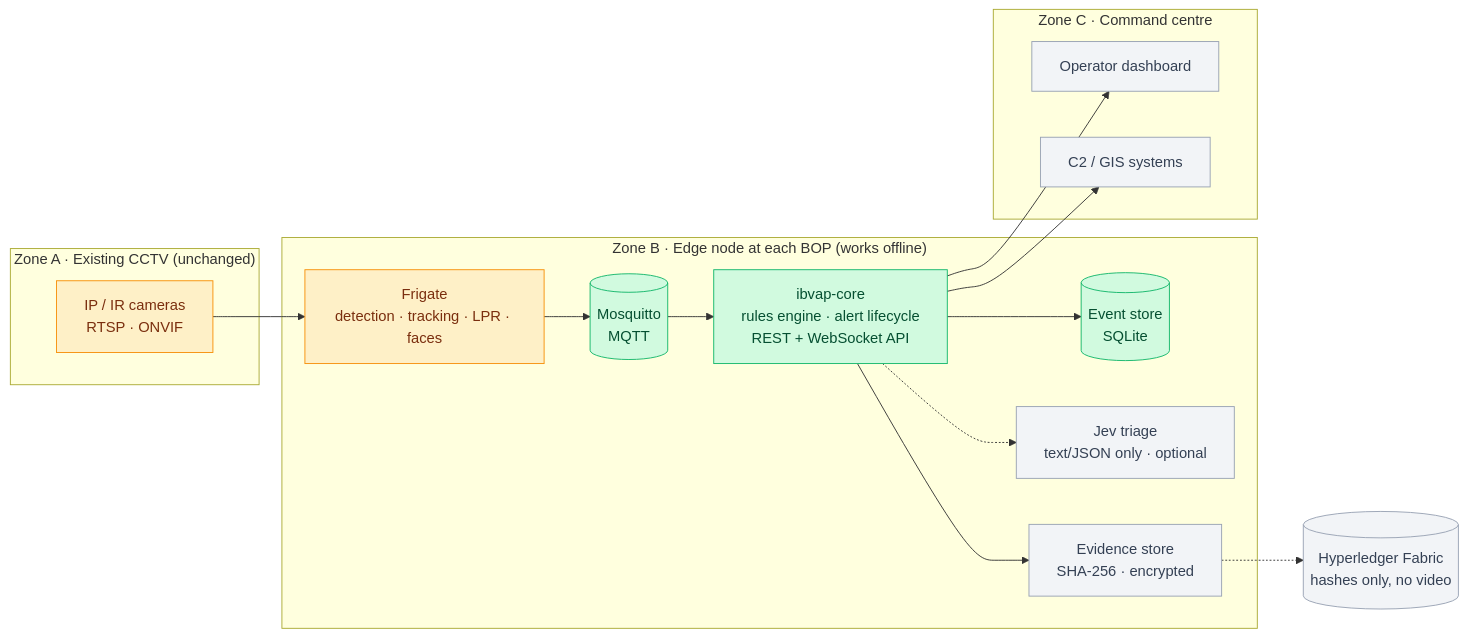
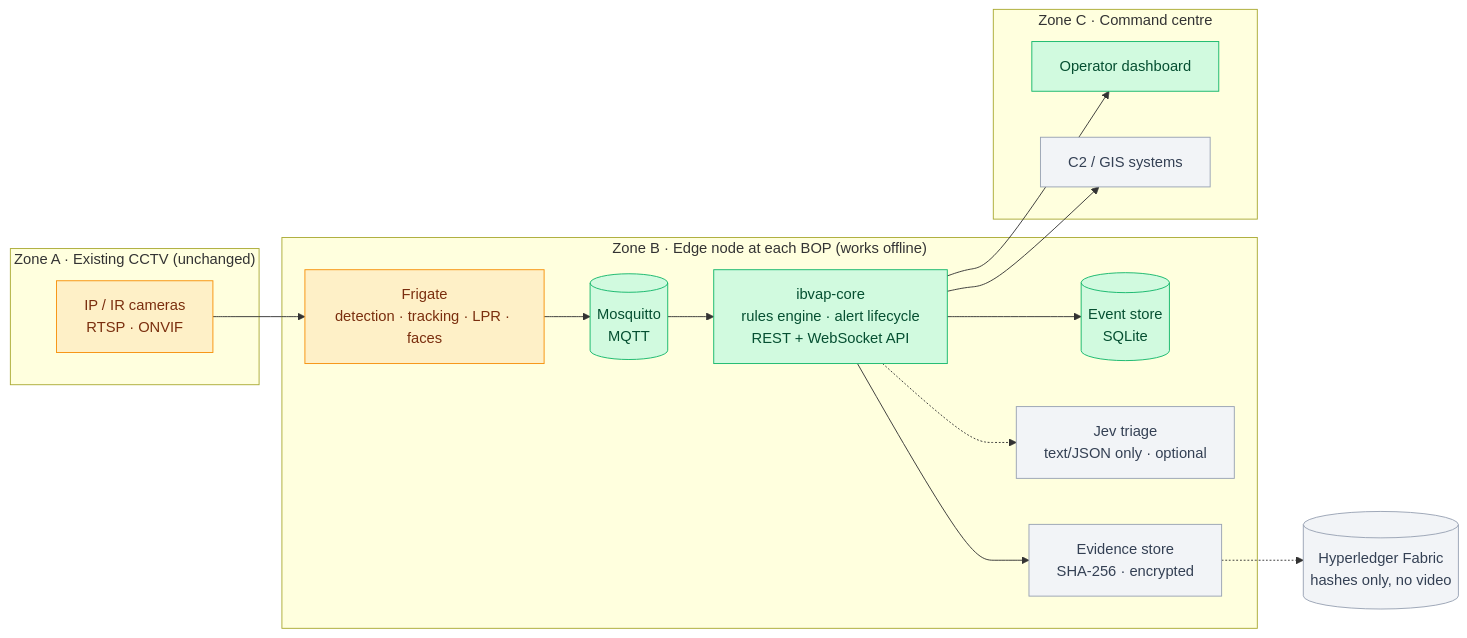
The diagram in README.md (tanmay-006/IBVAP-Intelligent-Border-Video-Analytics-Platform), drawn with Mermaid before and after one commit. The commit also changed other lines of this file and 34 other files, not shown here.

````diff
--- a/README.md
+++ b/README.md
@@ -37,32 +37,32 @@
 ```mermaid
 flowchart LR
     subgraph A["Zone A · Existing CCTV (unchanged)"]
         CAM["IP / IR cameras<br/>RTSP · ONVIF"]
     end
     subgraph B["Zone B · Edge node at each BOP (works offline)"]
         FR["Frigate<br/>detection · tracking · LPR · faces"]
         MQ[("Mosquitto<br/>MQTT")]
         CORE["ibvap-core<br/>rules engine · alert lifecycle<br/>REST + WebSocket API"]
         DB[("Event store<br/>SQLite")]
         JEV["Jev triage<br/>text/JSON only · optional"]
         EV["Evidence store<br/>SHA-256 · encrypted"]
     end
     subgraph C["Zone C · Command centre"]
         DASH["Operator dashboard"]
         C2["C2 / GIS systems"]
     end
     LEDGER[("Hyperledger Fabric<br/>hashes only, no video")]
 
     CAM --> FR --> MQ --> CORE --> DB
     CORE -.-> JEV
     CORE --> EV -.-> LEDGER
     CORE --> DASH
     CORE --> C2
 
     classDef done fill:#d1fadf,stroke:#12b76a,color:#054f31
     classDef next fill:#fef0c7,stroke:#f79009,color:#7a2e0e
     classDef planned fill:#f2f4f7,stroke:#98a2b3,color:#344054
-    class CORE,DB,MQ done
+    class CORE,DB,MQ,DASH done
     class FR,CAM next
-    class JEV,EV,DASH,C2,LEDGER planned
+    class JEV,EV,C2,LEDGER planned
 ```
````
